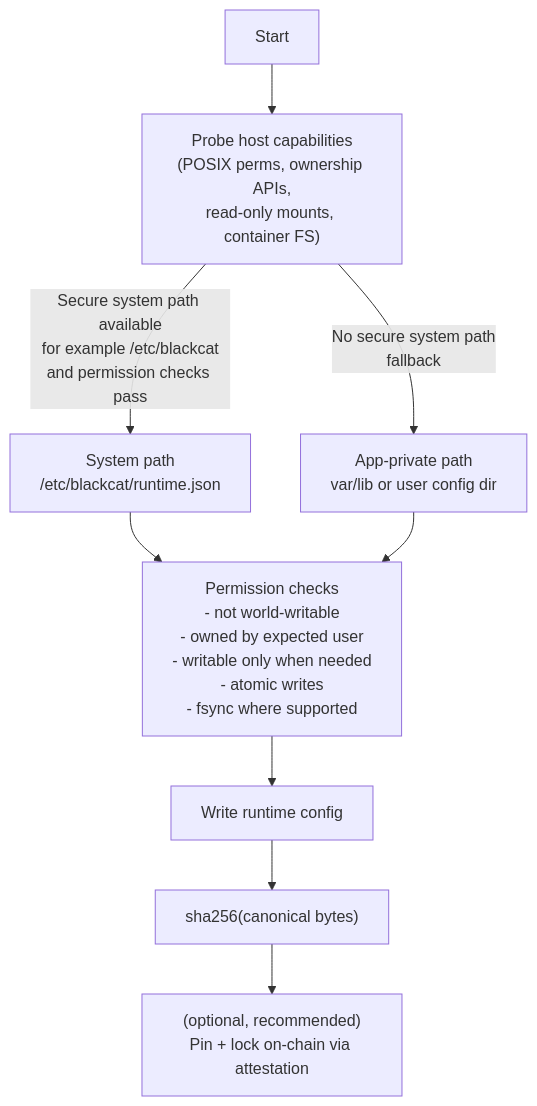
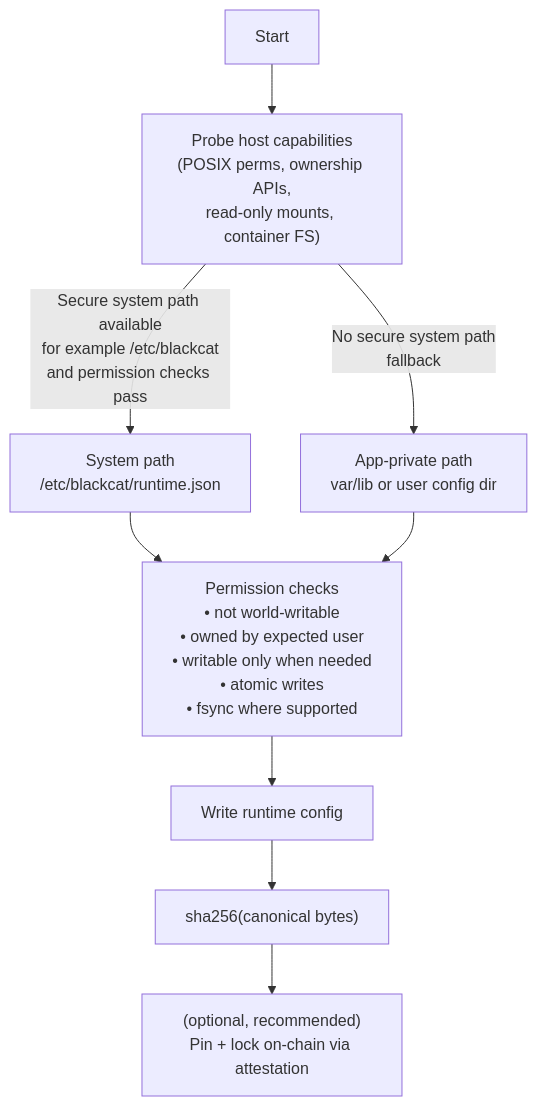
One commit to blackcatacademy/blackcat-kernel-contracts changed diagram 16 of 17 in docs/SECURITY_FLOWS.md. Above: the diagram before and after it, drawn with Mermaid. The commit also changed other lines of this file and 4 other files, not shown here.

Commit message:
docs: add test report + fix Mermaid labels

````diff
--- a/docs/SECURITY_FLOWS.md
+++ b/docs/SECURITY_FLOWS.md
@@ -449,14 +449,14 @@
 ```mermaid
 flowchart TB
   Start["Start"] --> Probe["Probe host capabilities\n(POSIX perms, ownership APIs,\nread-only mounts, container FS)"]
 
   Probe -->|"Secure system path available\nfor example /etc/blackcat\nand permission checks pass"| SystemPath["System path\n/etc/blackcat/runtime.json"]
   Probe -->|"No secure system path\nfallback"| AppPath["App-private path\nvar/lib or user config dir"]
 
   SystemPath --> Checks
   AppPath --> Checks
 
-  Checks["Permission checks\n- not world-writable\n- owned by expected user\n- writable only when needed\n- atomic writes\n- fsync where supported"] --> Write["Write runtime config"]
+  Checks["Permission checks<br/>• not world-writable<br/>• owned by expected user<br/>• writable only when needed<br/>• atomic writes<br/>• fsync where supported"] --> Write["Write runtime config"]
   Write --> Hash["sha256(canonical bytes)"]
   Hash --> OptionalAttest["(optional, recommended)\nPin + lock on-chain via attestation"]
 ```
````
